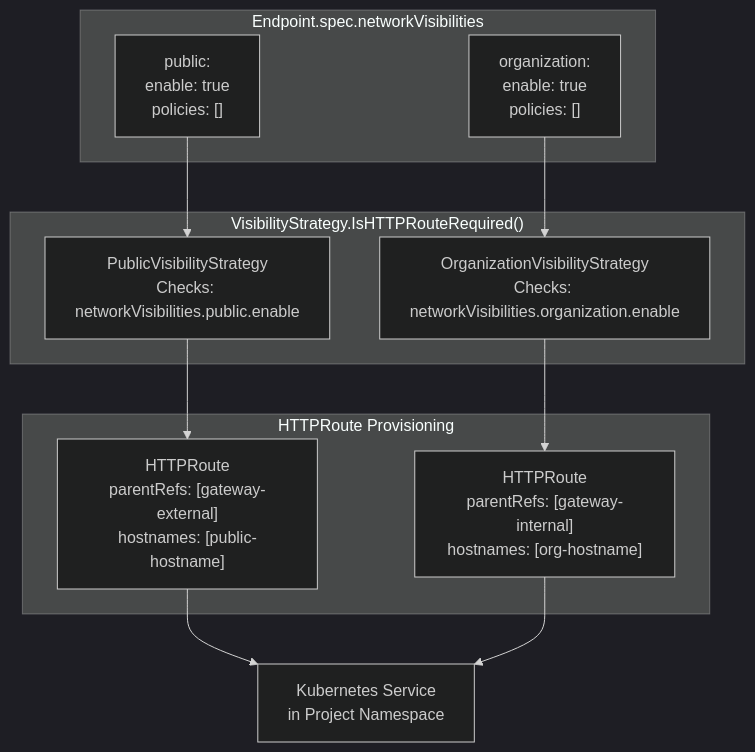
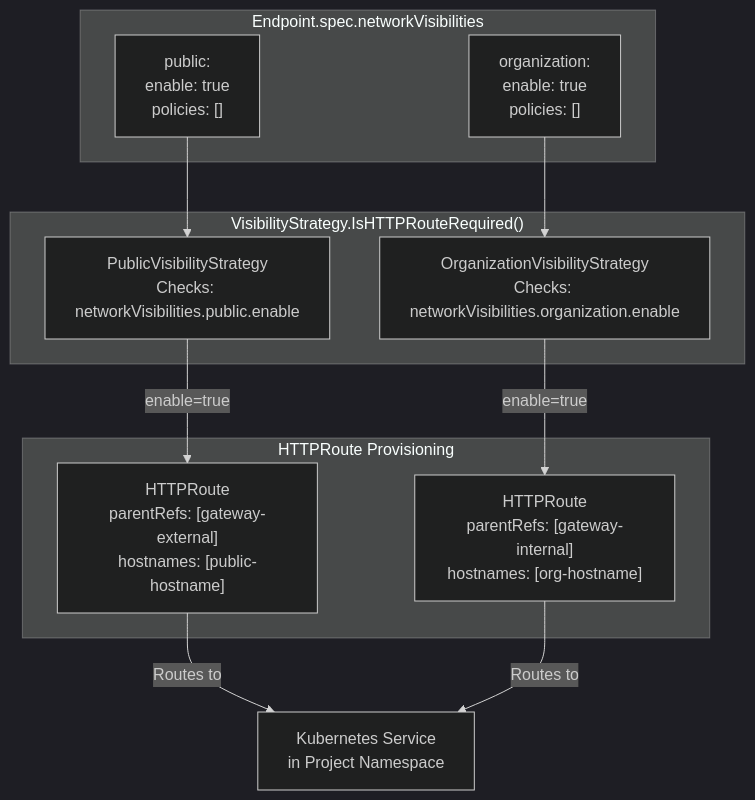
The fourth of 10 diagrams in docs/deepwiki/Cell-Runtime-Model.md (openchoreo/openchoreo), drawn with Mermaid (dark theme) before and after one commit. The commit also changed other lines of this file and 85 other files, not shown here.

Commit message:
feat: Add new workflow and specification templates, update Helm chart dependencies, and clarify documentation diagrams.

````diff
--- a/docs/deepwiki/Cell-Runtime-Model.md
+++ b/docs/deepwiki/Cell-Runtime-Model.md
@@ -239,33 +239,33 @@
 ```mermaid
 flowchart TD
 
 Public["public:<br>enable: true<br>policies: []"]
 Org["organization:<br>enable: true<br>policies: []"]
 PubCheck["PublicVisibilityStrategy<br>Checks: networkVisibilities.public.enable"]
 OrgCheck["OrganizationVisibilityStrategy<br>Checks: networkVisibilities.organization.enable"]
 ExtRoute["HTTPRoute<br>parentRefs: [gateway-external]<br>hostnames: [public-hostname]"]
 IntRoute["HTTPRoute<br>parentRefs: [gateway-internal]<br>hostnames: [org-hostname]"]
 CompService["Kubernetes Service<br>in Project Namespace"]
 
 Public --> PubCheck
 Org --> OrgCheck
-PubCheck --> ExtRoute
-OrgCheck --> IntRoute
-ExtRoute --> CompService
-IntRoute --> CompService
+PubCheck -->|"enable=true"| ExtRoute
+OrgCheck -->|"enable=true"| IntRoute
+ExtRoute -->|"Routes to"| CompService
+IntRoute -->|"Routes to"| CompService
 
 subgraph GatewayProvisioning ["HTTPRoute Provisioning"]
     ExtRoute
     IntRoute
 end
 
 subgraph VisibilityCheck ["VisibilityStrategy.IsHTTPRouteRequired()"]
     PubCheck
     OrgCheck
 end
 
 subgraph EndpointSpec ["Endpoint.spec.networkVisibilities"]
     Public
     Org
 end
 ```
````
